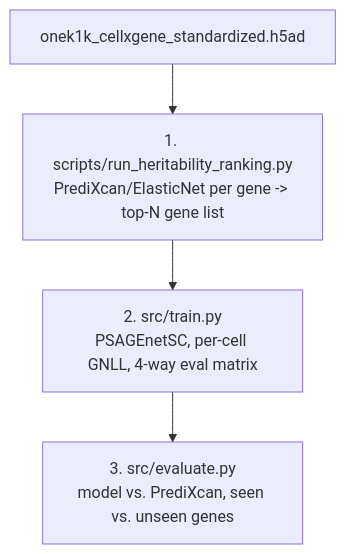
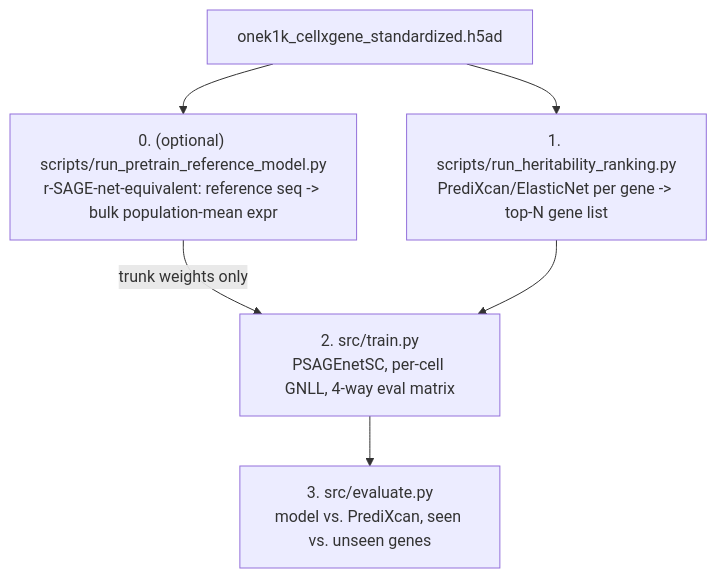
One commit to Padraig20/sc-genex changed the first of 2 diagrams in README.md. Above: the diagram before and after it, drawn with Mermaid. The commit also changed other lines of this file and 5 other files, not shown here.

Commit message:
feat: add sage-net style pretraining as first stage

````diff
--- a/README.md
+++ b/README.md
@@ -26,6 +33,8 @@
 ```mermaid
 flowchart TD
-    H5AD["onek1k_cellxgene_standardized.h5ad"] --> Herit["1. scripts/run_heritability_ranking.py\nPrediXcan/ElasticNet per gene -> top-N gene list"]
+    H5AD["onek1k_cellxgene_standardized.h5ad"] --> Pretrain["0. (optional) scripts/run_pretrain_reference_model.py\nr-SAGE-net-equivalent: reference seq -> bulk population-mean expr"]
+    Pretrain -->|"trunk weights only"| Train
+    H5AD --> Herit["1. scripts/run_heritability_ranking.py\nPrediXcan/ElasticNet per gene -> top-N gene list"]
     Herit --> Train["2. src/train.py\nPSAGEnetSC, per-cell GNLL, 4-way eval matrix"]
     Train --> Eval["3. src/evaluate.py\nmodel vs. PrediXcan, seen vs. unseen genes"]
 ```
````
